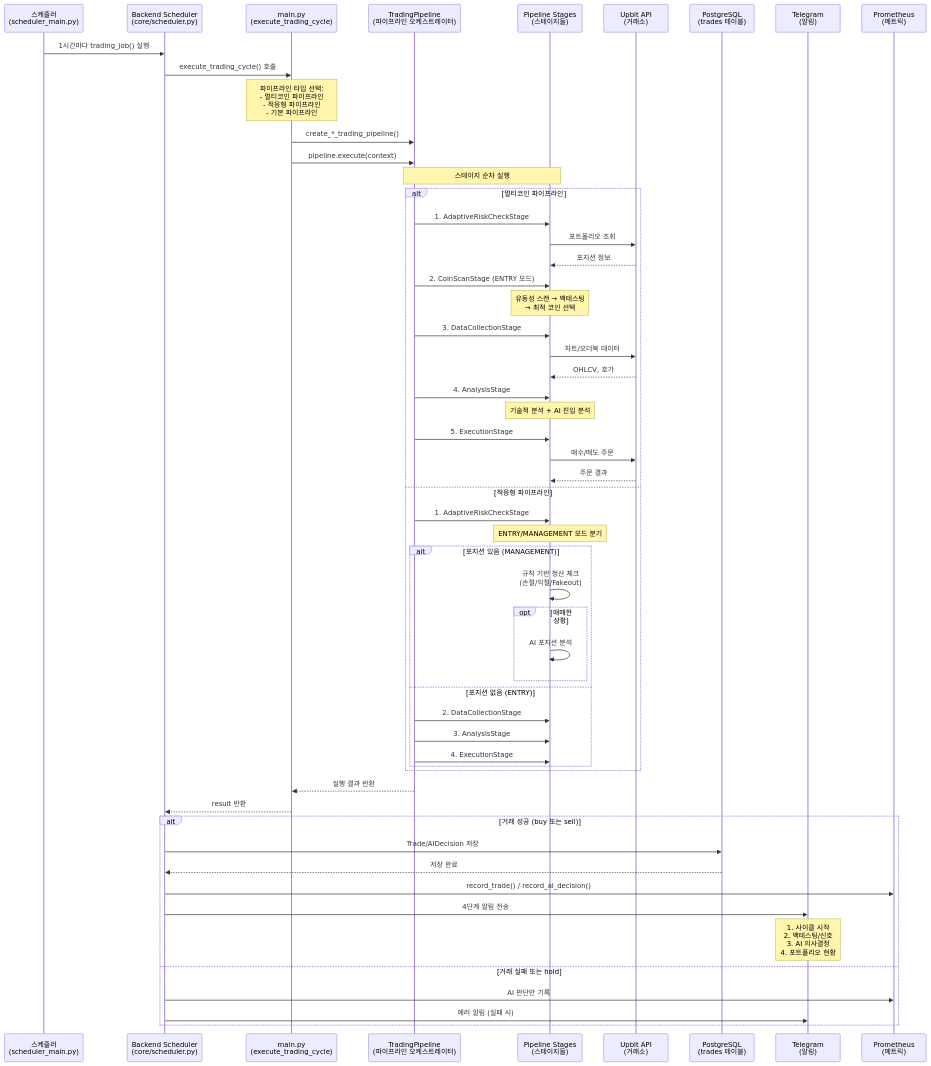
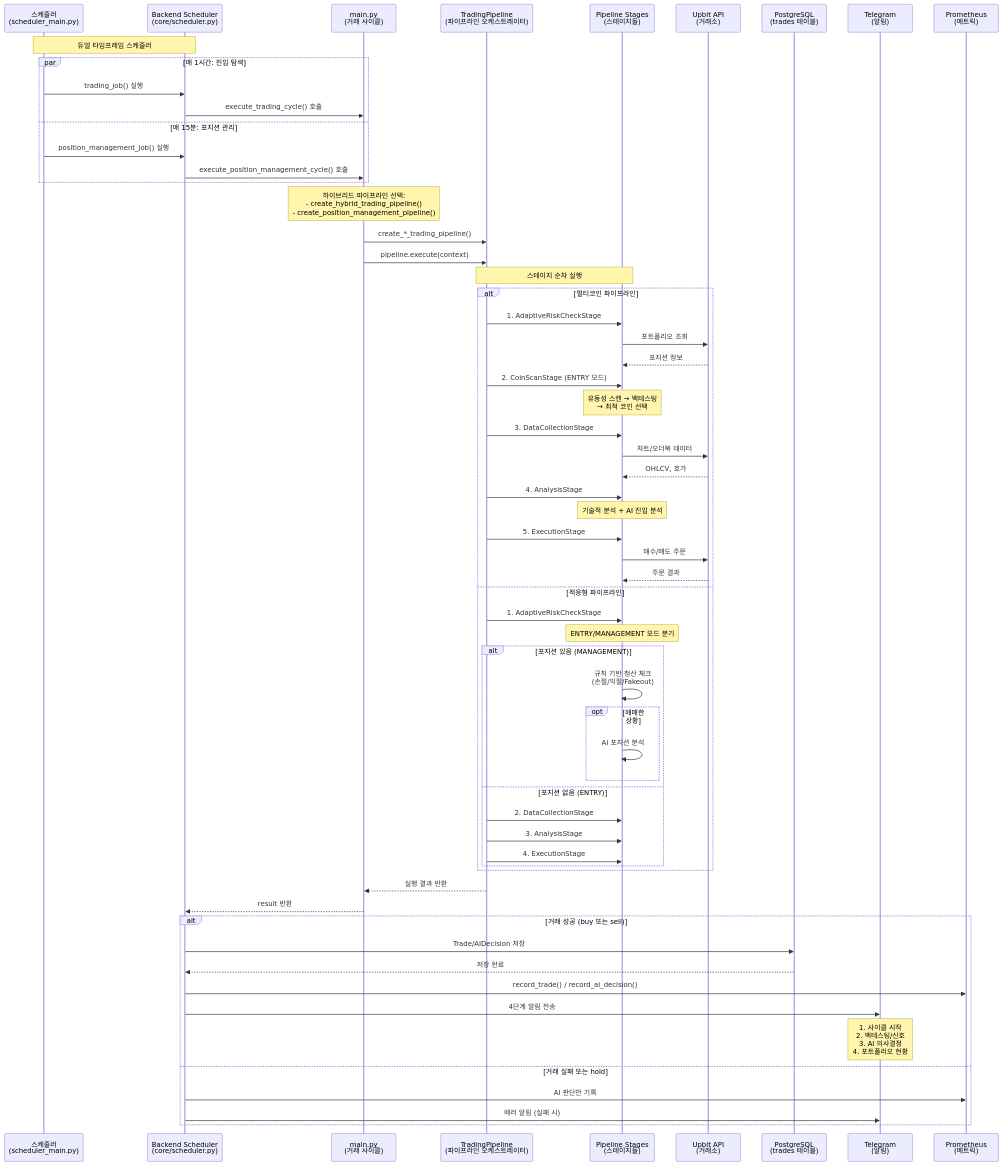
Before and after one commit to myselios/dg_bot: the diagram in docs/diagrams/01-overall-system-flow.mmd, drawn with Mermaid. The commit also changed 113 other files, not shown here.

```diff
--- a/docs/diagrams/01-overall-system-flow.mmd
+++ b/docs/diagrams/01-overall-system-flow.mmd
@@ -1,68 +1,75 @@
 sequenceDiagram
     participant Scheduler as 스케줄러<br/>(scheduler_main.py)
     participant BackendScheduler as Backend Scheduler<br/>(core/scheduler.py)
-    participant Main as main.py<br/>(execute_trading_cycle)
+    participant Main as main.py<br/>(거래 사이클)
     participant Pipeline as TradingPipeline<br/>(파이프라인 오케스트레이터)
     participant Stages as Pipeline Stages<br/>(스테이지들)
     participant Upbit as Upbit API<br/>(거래소)
     participant DB as PostgreSQL<br/>(trades 테이블)
     participant Telegram as Telegram<br/>(알림)
     participant Metrics as Prometheus<br/>(메트릭)
 
-    Scheduler->>BackendScheduler: 1시간마다 trading_job() 실행
-    BackendScheduler->>Main: execute_trading_cycle() 호출
+    Note over Scheduler,BackendScheduler: 듀얼 타임프레임 스케줄러
 
-    Note over Main: 파이프라인 타입 선택:<br/>- 멀티코인 파이프라인<br/>- 적응형 파이프라인<br/>- 기본 파이프라인
+    par 매 1시간: 진입 탐색
+        Scheduler->>BackendScheduler: trading_job() 실행
+        BackendScheduler->>Main: execute_trading_cycle() 호출
+    and 매 15분: 포지션 관리
+        Scheduler->>BackendScheduler: position_management_job() 실행
+        BackendScheduler->>Main: execute_position_management_cycle() 호출
+    end
+
+    Note over Main: 하이브리드 파이프라인 선택:<br/>- create_hybrid_trading_pipeline()<br/>- create_position_management_pipeline()
 
     Main->>Pipeline: create_*_trading_pipeline()
     Main->>Pipeline: pipeline.execute(context)
 
     Note over Pipeline,Stages: 스테이지 순차 실행
 
     alt 멀티코인 파이프라인
         Pipeline->>Stages: 1. AdaptiveRiskCheckStage
         Stages->>Upbit: 포트폴리오 조회
         Upbit-->>Stages: 포지션 정보
 
         Pipeline->>Stages: 2. CoinScanStage (ENTRY 모드)
         Note over Stages: 유동성 스캔 → 백테스팅<br/>→ 최적 코인 선택
 
         Pipeline->>Stages: 3. DataCollectionStage
         Stages->>Upbit: 차트/오더북 데이터
         Upbit-->>Stages: OHLCV, 호가
 
         Pipeline->>Stages: 4. AnalysisStage
         Note over Stages: 기술적 분석 + AI 진입 분석
 
         Pipeline->>Stages: 5. ExecutionStage
         Stages->>Upbit: 매수/매도 주문
         Upbit-->>Stages: 주문 결과
     else 적응형 파이프라인
         Pipeline->>Stages: 1. AdaptiveRiskCheckStage
         Note over Stages: ENTRY/MANAGEMENT 모드 분기
 
         alt 포지션 있음 (MANAGEMENT)
             Stages->>Stages: 규칙 기반 청산 체크<br/>(손절/익절/Fakeout)
             opt 애매한 상황
                 Stages->>Stages: AI 포지션 분석
             end
         else 포지션 없음 (ENTRY)
             Pipeline->>Stages: 2. DataCollectionStage
             Pipeline->>Stages: 3. AnalysisStage
             Pipeline->>Stages: 4. ExecutionStage
         end
     end
 
     Pipeline-->>Main: 실행 결과 반환
     Main-->>BackendScheduler: result 반환
 
     alt 거래 성공 (buy 또는 sell)
         BackendScheduler->>DB: Trade/AIDecision 저장
         DB-->>BackendScheduler: 저장 완료
         BackendScheduler->>Metrics: record_trade() / record_ai_decision()
         BackendScheduler->>Telegram: 4단계 알림 전송
         Note over Telegram: 1. 사이클 시작<br/>2. 백테스팅/신호<br/>3. AI 의사결정<br/>4. 포트폴리오 현황
     else 거래 실패 또는 hold
         BackendScheduler->>Metrics: AI 판단만 기록
         BackendScheduler->>Telegram: 에러 알림 (실패 시)
     end
```
